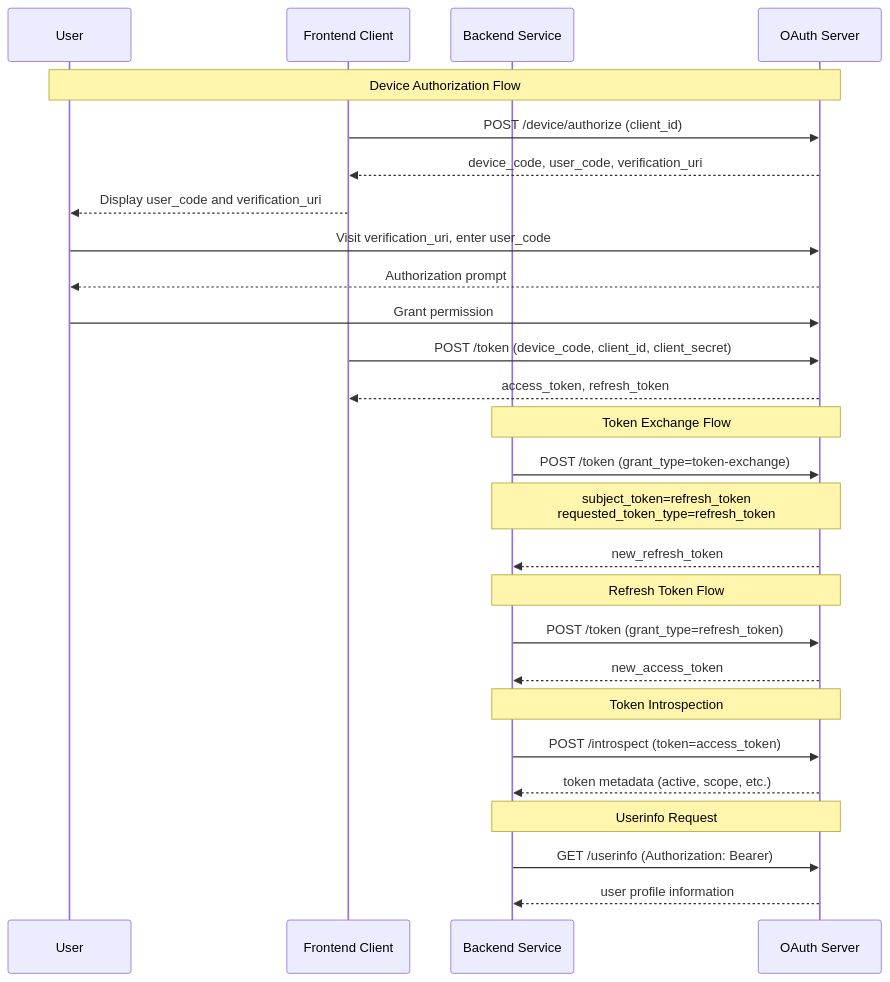
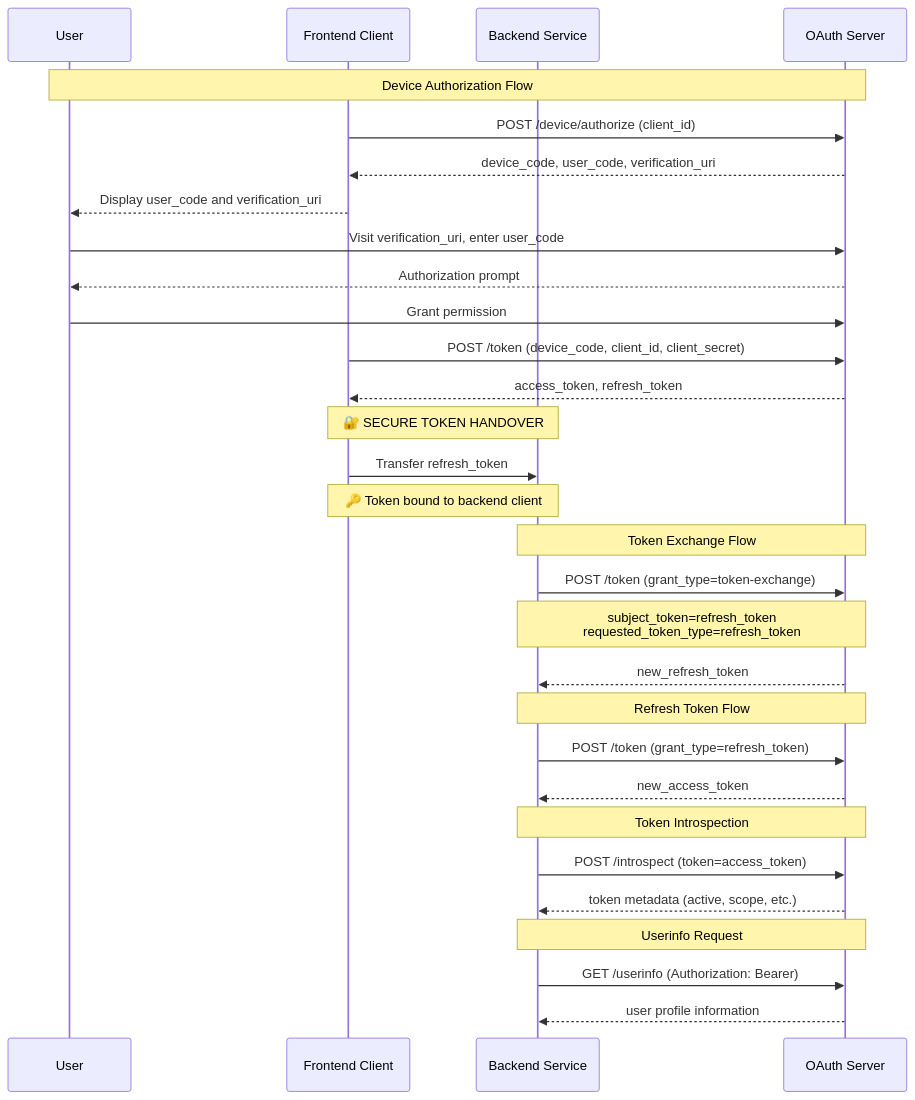
Before and after one commit to HarryKodden/token-exchange-demo: the third of 3 diagrams in README.md, drawn with Mermaid. The commit also changed other lines of this file and 2 other files, not shown here.

Commit message:
adjust Readme diagram

````diff
--- a/README.md
+++ b/README.md
@@ -395,34 +407,39 @@
 ```mermaid
 sequenceDiagram
     participant U as User
     participant F as Frontend Client
     participant B as Backend Service
     participant O as OAuth Server
+
 
     Note over U,O: Device Authorization Flow
     F->>O: POST /device/authorize (client_id)
     O-->>F: device_code, user_code, verification_uri
     F-->>U: Display user_code and verification_uri
     U->>O: Visit verification_uri, enter user_code
     O-->>U: Authorization prompt
     U->>O: Grant permission
     F->>O: POST /token (device_code, client_id, client_secret)
     O-->>F: access_token, refresh_token
+
+    Note over F,B: 🔐 SECURE TOKEN HANDOVER
+    F->>B: Transfer refresh_token
+    Note over F,B: 🔑 Token bound to backend client
 
     Note over B,O: Token Exchange Flow
     B->>O: POST /token (grant_type=token-exchange)
     Note over B,O: subject_token=refresh_token<br/>requested_token_type=refresh_token
     O-->>B: new_refresh_token
 
     Note over B,O: Refresh Token Flow
     B->>O: POST /token (grant_type=refresh_token)
     O-->>B: new_access_token
 
     Note over B,O: Token Introspection
     B->>O: POST /introspect (token=access_token)
     O-->>B: token metadata (active, scope, etc.)
 
     Note over B,O: Userinfo Request
     B->>O: GET /userinfo (Authorization: Bearer)
     O-->>B: user profile information
 ```
````
